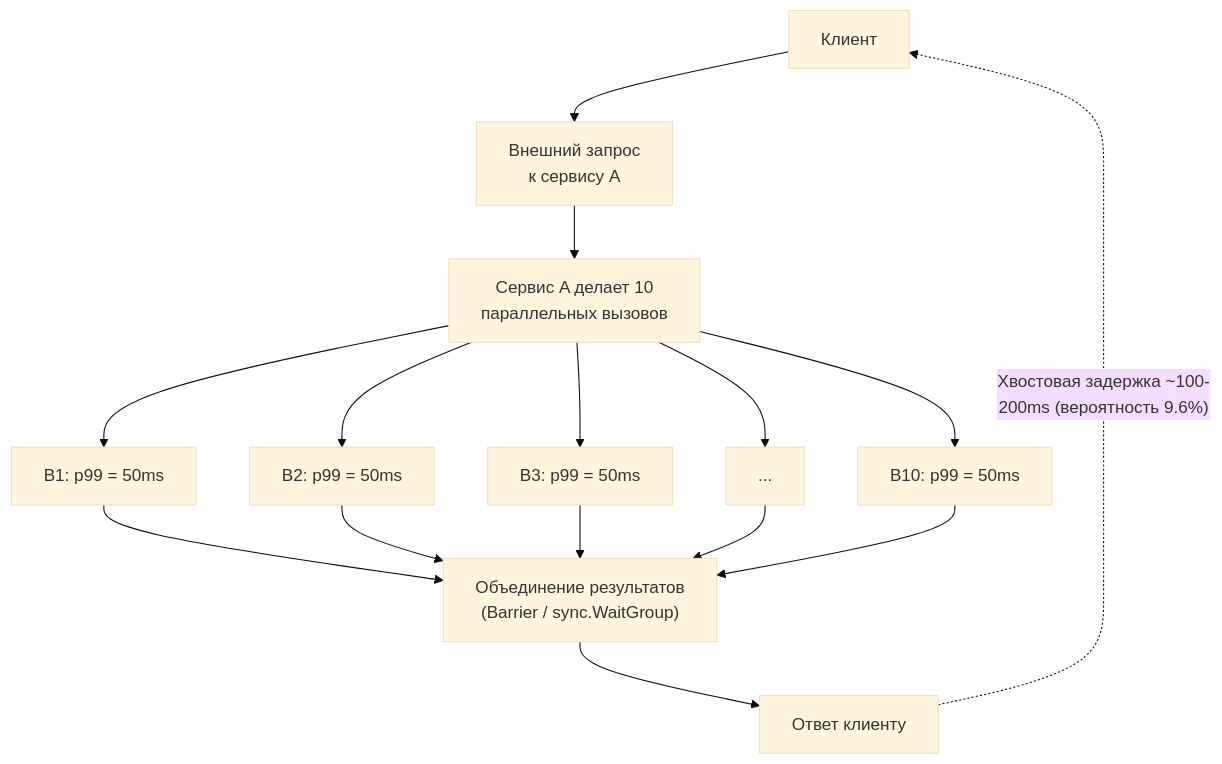
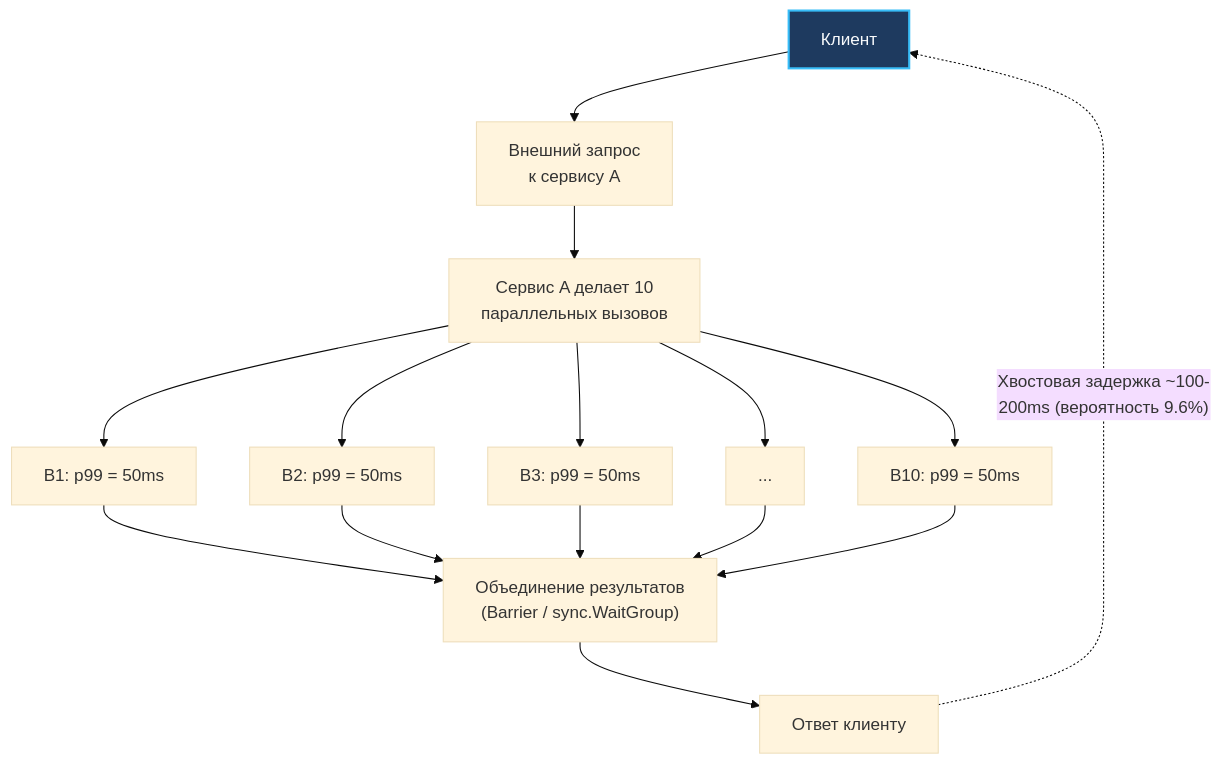
The diagram in sources/16. Профилирование, отладка и производительность/01. Фундамент/7. Tail latency и почему она важна.md (UnrealTemplier/go-textbook), drawn with Mermaid (base theme) before and after one commit. The commit also changed 1666 other files, not shown here.

First line of the commit message:
feat(mermaid): add semantic color classDef to 1369 colorless flowchart/graph diagrams

````diff
--- a/sources/16. Профилирование, отладка и производительность/01. Фундамент/7. Tail latency и почему она важна.md
+++ b/sources/16. Профилирование, отладка и производительность/01. Фундамент/7. Tail latency и почему она важна.md
@@ -38,20 +38,30 @@
 ```mermaid
 flowchart TD
-    Client["Клиент"] --> Request["Внешний запрос<br>к сервису A"]
+    classDef process  fill:#1e293b,stroke:#38bdf8,stroke-width:1px,color:#f8fafc
+    classDef success  fill:#064e3b,stroke:#34d399,stroke-width:1px,color:#f8fafc
+    classDef error    fill:#7f1d1d,stroke:#f87171,stroke-width:1px,color:#f8fafc
+    classDef warning  fill:#78350f,stroke:#fbbf24,stroke-width:1px,color:#f8fafc
+    classDef entry    fill:#1e3a5f,stroke:#38bdf8,stroke-width:2px,color:#f8fafc
+    classDef aux      fill:#334155,stroke:#64748b,stroke-width:1px,color:#f8fafc
+    classDef system   fill:#312e81,stroke:#a78bfa,stroke-width:1px,color:#f8fafc
+    classDef data     fill:#132d29,stroke:#2dd4bf,stroke-width:1px,color:#f8fafc
+    classDef network  fill:#881337,stroke:#fb7185,stroke-width:1px,color:#f8fafc
+    classDef accent   fill:#1e1b4b,stroke:#818cf8,stroke-width:1px,color:#f8fafc
+    Client["Клиент"]:::entry --> Request["Внешний запрос<br>к сервису A"]
     Request --> FanOut["Сервис A делает 10<br>параллельных вызовов"]
     
     FanOut --> B1["B1: p99 = 50ms"]
     FanOut --> B2["B2: p99 = 50ms"]
     FanOut --> B3["B3: p99 = 50ms"]
     FanOut --> Bdots["..."]
     FanOut --> B10["B10: p99 = 50ms"]
     
     B1 --> Merge["Объединение результатов<br>(Barrier / sync.WaitGroup)"]
     B2 --> Merge
     B3 --> Merge
     Bdots --> Merge
     B10 --> Merge
     
     Merge --> Response["Ответ клиенту"]
     Response -.->|"Хвостовая задержка ~100-200ms (вероятность 9.6%)"| Client
 ```
````
